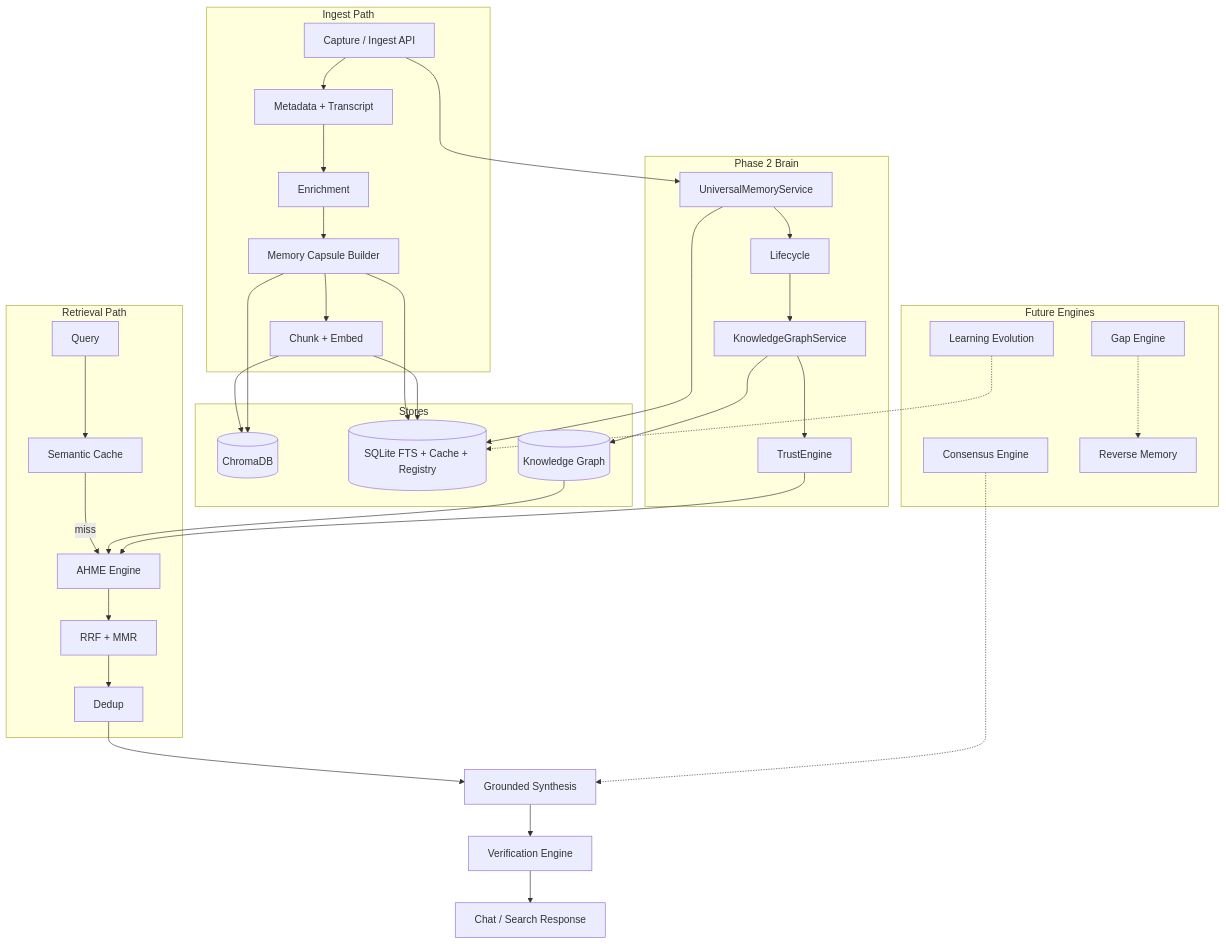
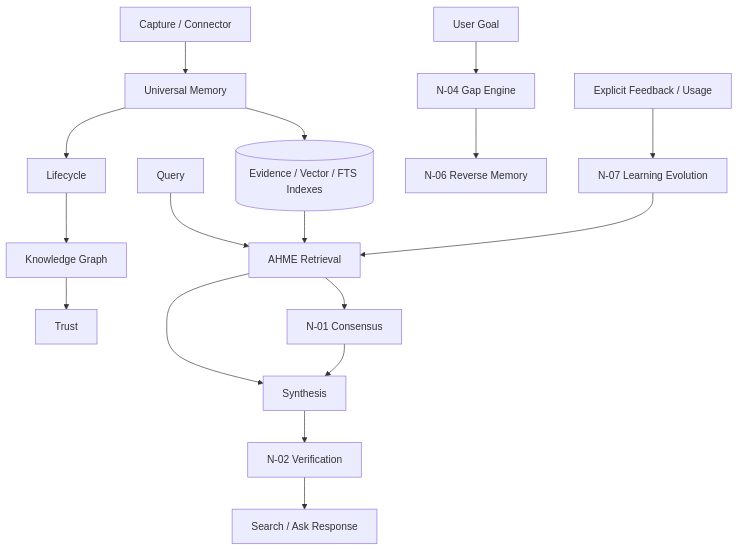
The diagram in KNOWLEDGE_ENGINE.md (antonypaul98/ai-memory-search-agent), drawn with Mermaid before and after one commit. The commit also changed other lines of this file, not shown here.

Commit message:
Docs: reconcile validated knowledge engines

````diff
--- a/KNOWLEDGE_ENGINE.md
+++ b/KNOWLEDGE_ENGINE.md
@@ -410,61 +377,22 @@
 ```mermaid
 flowchart TB
-    subgraph ingest [Ingest Path]
-        CAP[Capture / Ingest API]
-        META[Metadata + Transcript]
-        ENR[Enrichment]
-        CAPS[Memory Capsule Builder]
-        CHK[Chunk + Embed]
-        CAP --> META --> ENR --> CAPS --> CHK
-    end
+    CAP[Capture / Connector] --> UMS[Universal Memory]
+    UMS --> LIFE[Lifecycle]
+    LIFE --> KG[Knowledge Graph]
+    KG --> TRUST[Trust]
+    UMS --> IDX[(Evidence / Vector / FTS Indexes)]
 
-    subgraph stores [Stores]
-        CHROMA[(ChromaDB)]
-        SQL[(SQLite FTS + Cache + Registry)]
-        GRAPH[(Knowledge Graph)]
-    end
+    Q[Query] --> AHME[AHME Retrieval]
+    IDX --> AHME
+    AHME --> SYN[Synthesis]
+    SYN --> VER[N-02 Verification]
+    AHME --> CONS[N-01 Consensus]
+    CONS --> SYN
+    VER --> OUT[Search / Ask Response]
 
-    subgraph brain [Phase 2 Brain]
-        UMS[UniversalMemoryService]
-        LIFE[Lifecycle]
-        TRUST[TrustEngine]
-        KG[KnowledgeGraphService]
-    end
+    GOAL[User Goal] --> GAP[N-04 Gap Engine]
+    GAP --> REV[N-06 Reverse Memory]
 
-    CAP --> UMS
-    UMS --> LIFE --> KG --> TRUST
-    KG --> GRAPH
-    UMS --> SQL
-    CHK --> CHROMA
-    CAPS --> CHROMA
-    CAPS --> SQL
-    CHK --> SQL
-
-    subgraph retrieve [Retrieval Path]
-        Q[Query]
-        AHME[AHME Engine]
-        CACHE[Semantic Cache]
-        RRF[RRF + MMR]
-        DEDUP[Dedup]
-        Q --> CACHE
-        CACHE -->|miss| AHME
-        AHME --> RRF --> DEDUP
-    end
-
-    DEDUP --> SYN[Grounded Synthesis]
-    SYN --> VER[Verification Engine]
-    VER --> OUT[Chat / Search Response]
-
-    subgraph planned [Future Engines]
-        CONS[Consensus Engine]
-        GAP[Gap Engine]
-        REV[Reverse Memory]
-        EVOL[Learning Evolution]
-    end
-
-    GRAPH --> AHME
-    TRUST --> AHME
-    CONS -.-> SYN
-    GAP -.-> REV
-    EVOL -.-> SQL
+    FB[Explicit Feedback / Usage] --> EVOL[N-07 Learning Evolution]
+    EVOL --> AHME
 ```
````
